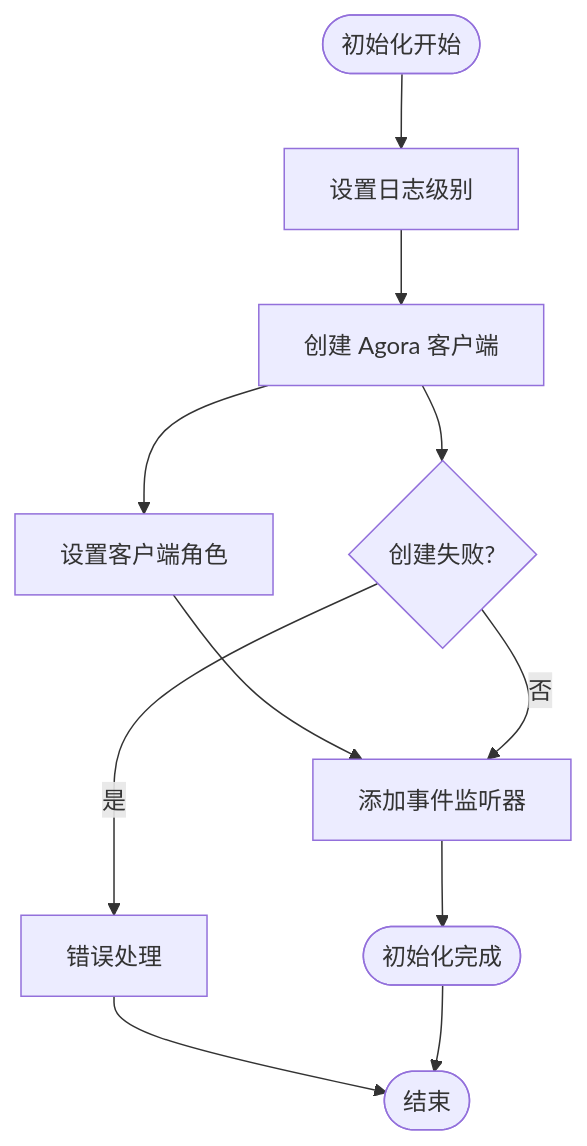
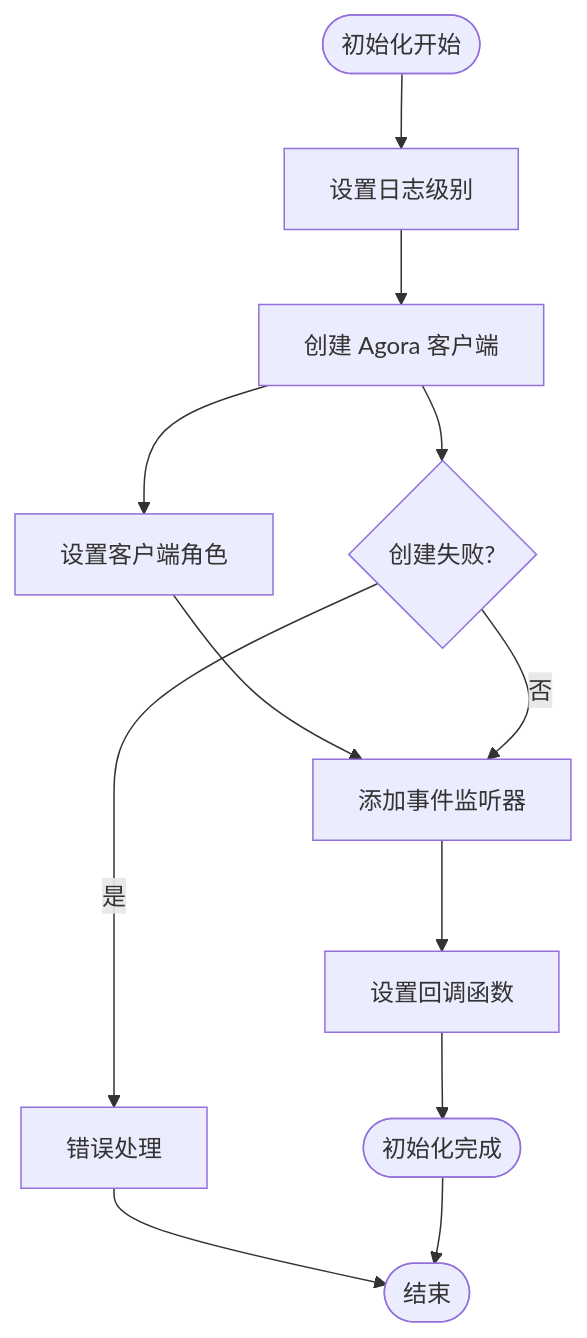
The fourth of 14 diagrams in .qoder/repowiki/zh/content/服务层/音视频服务 (RtcService).md (Easemob-Community/easemob-uikit-callkit-vue3), drawn with Mermaid before and after one commit. The commit also changed other lines of this file and 54 other files, not shown here.

````diff
--- a/.qoder/repowiki/zh/content/服务层/音视频服务 (RtcService).md
+++ b/.qoder/repowiki/zh/content/服务层/音视频服务 (RtcService).md
@@ -205,13 +221,14 @@
 ```mermaid
 flowchart TD
 Start([初始化开始]) --> SetLogLevel["设置日志级别"]
 SetLogLevel --> CreateClient["创建 Agora 客户端"]
 CreateClient --> SetRole["设置客户端角色"]
 SetRole --> AddListeners["添加事件监听器"]
-AddListeners --> Ready([初始化完成])
+AddListeners --> SetupCallbacks["设置回调函数"]
+SetupCallbacks --> Ready([初始化完成])
 CreateClient --> ErrorCheck{"创建失败?"}
 ErrorCheck --> |是| ErrorHandler["错误处理"]
 ErrorCheck --> |否| AddListeners
 ErrorHandler --> End([结束])
 Ready --> End
 ```
````
